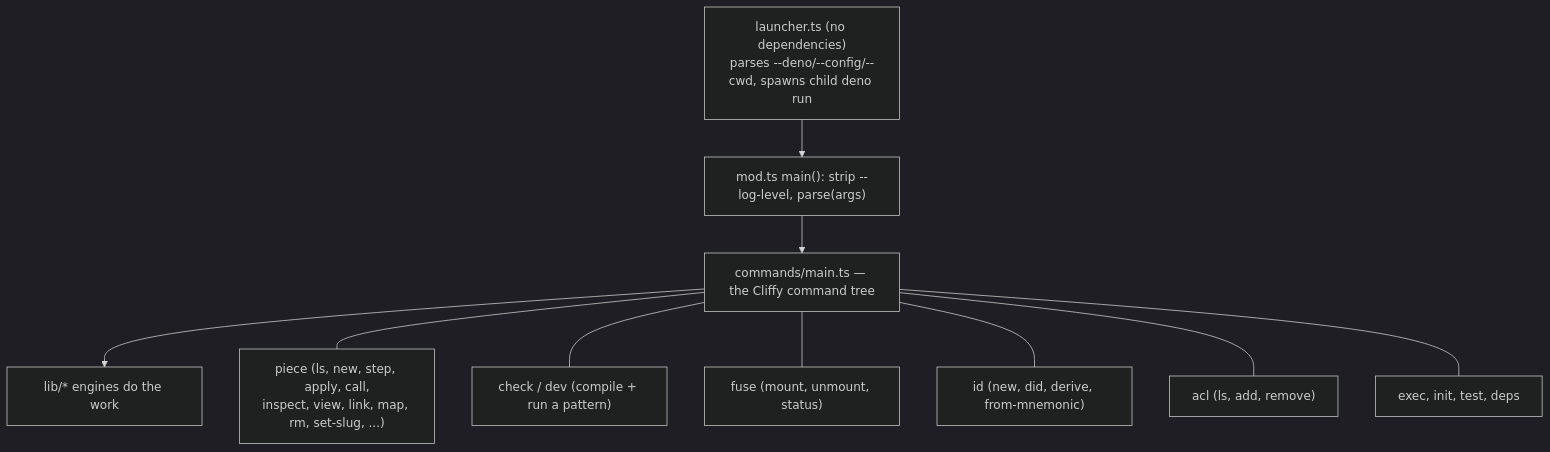
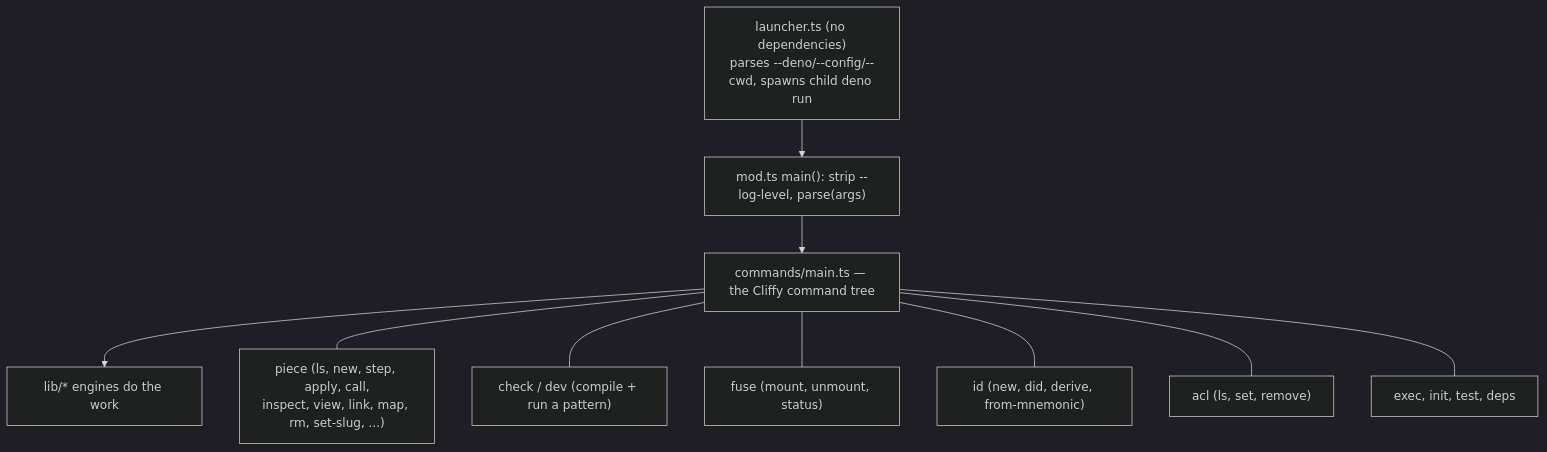
The first of 4 diagrams in docs/development/orientation/cli-piece-fuse.md (commontoolsinc/labs), drawn with Mermaid (dark theme) before and after one commit. The commit also changed other lines of this file and 5 other files, not shown here.

````diff
--- a/docs/development/orientation/cli-piece-fuse.md
+++ b/docs/development/orientation/cli-piece-fuse.md
@@ -20,16 +20,16 @@
 ```mermaid
 flowchart TB
     launcher["launcher.ts (no dependencies)<br/>parses --deno/--config/--cwd, spawns child deno run"]
     mod["mod.ts main(): strip --log-level, parse(args)"]
     tree["commands/main.ts — the Cliffy command tree"]
     libs["lib/* engines do the work"]
 
     launcher --> mod --> tree --> libs
 
     tree --- c1["piece (ls, new, step, apply, call,<br/>inspect, view, link, map, rm, set-slug, ...)"]
     tree --- c2["check / dev (compile + run a pattern)"]
     tree --- c3["fuse (mount, unmount, status)"]
     tree --- c4["id (new, did, derive, from-mnemonic)"]
-    tree --- c5["acl (ls, add, remove)"]
+    tree --- c5["acl (ls, set, remove)"]
     tree --- c6["exec, init, test, deps"]
 ```
````
